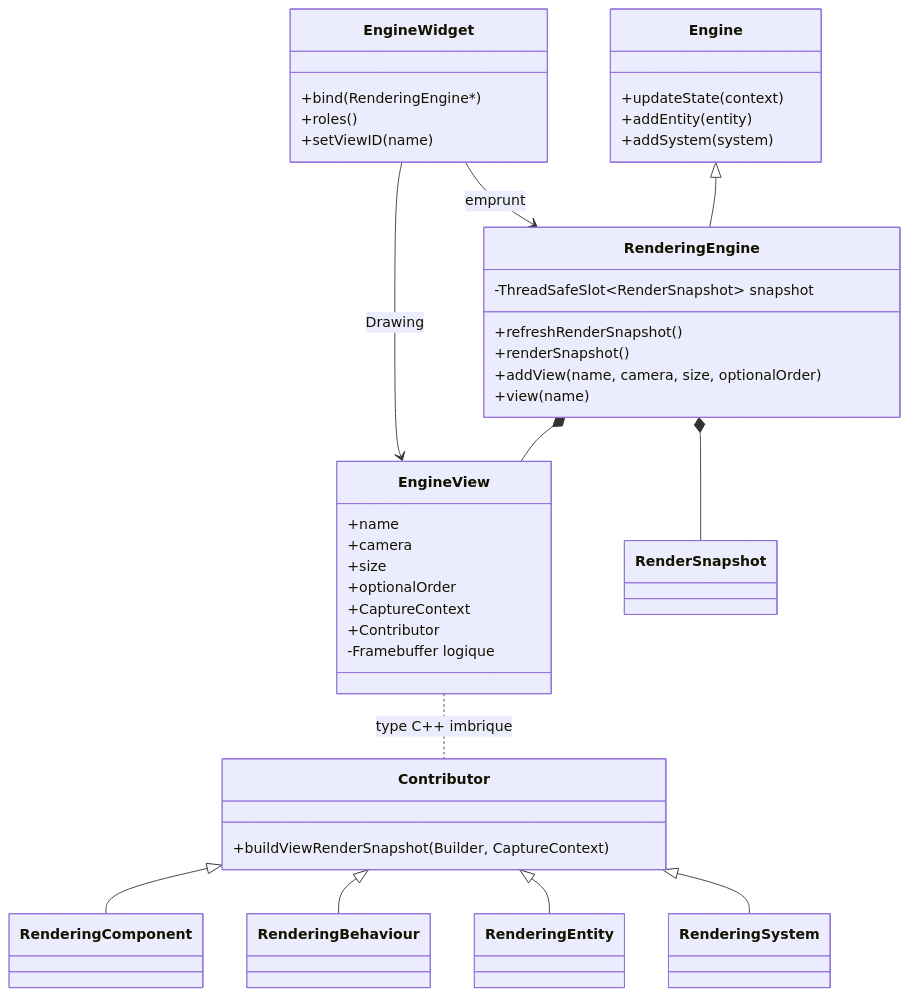
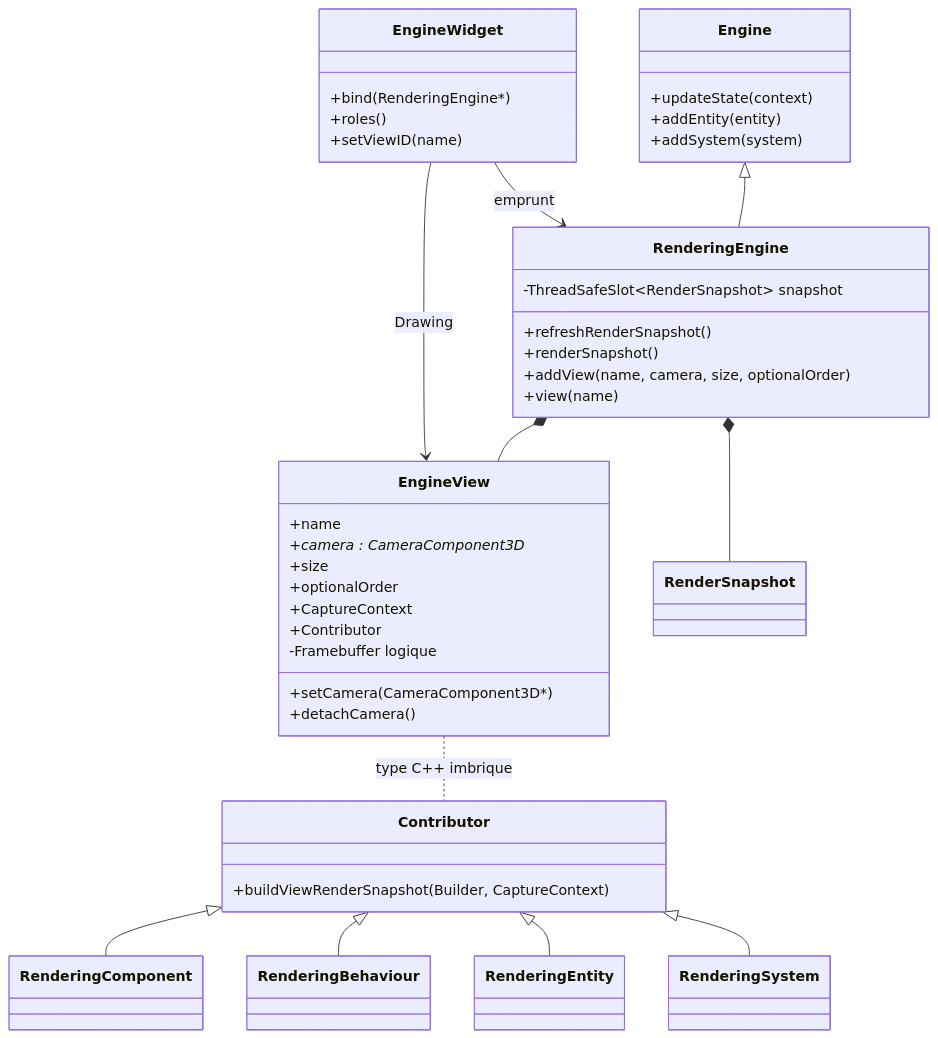
Before and after one commit to EreliaStudio/Sparkle: the sixth of 10 diagrams in docs/voxel-engine-v0.1.4-specification.md, drawn with Mermaid. The commit also changed other lines of this file, not shown here.

Commit message:
docs(v0.1.4): support camera rebinding and detached EngineViews without rendering

````diff
--- a/docs/voxel-engine-v0.1.4-specification.md
+++ b/docs/voxel-engine-v0.1.4-specification.md
@@ -588,46 +588,48 @@
 ```mermaid
 classDiagram
   class Engine {
     +updateState(context)
     +addEntity(entity)
     +addSystem(system)
   }
   class RenderingEngine {
     +refreshRenderSnapshot()
     +renderSnapshot()
     +addView(name, camera, size, optionalOrder)
     +view(name)
     -ThreadSafeSlot~RenderSnapshot~ snapshot
   }
   class EngineView {
     +name
-    +camera
+    +camera : CameraComponent3D*
+    +setCamera(CameraComponent3D*)
+    +detachCamera()
     +size
     +optionalOrder
     +CaptureContext
     +Contributor
     -Framebuffer logique
   }
   class Contributor {
     +buildViewRenderSnapshot(Builder, CaptureContext)
   }
   class RenderingComponent
   class RenderingBehaviour
   class RenderingEntity
   class RenderingSystem
   class EngineWidget {
     +bind(RenderingEngine*)
     +roles()
     +setViewID(name)
   }
   Engine <|-- RenderingEngine
   RenderingEngine *-- EngineView
   RenderingEngine *-- RenderSnapshot
   EngineView .. Contributor : type C++ imbrique
   Contributor <|-- RenderingComponent
   Contributor <|-- RenderingBehaviour
   Contributor <|-- RenderingEntity
   Contributor <|-- RenderingSystem
   EngineWidget --> RenderingEngine : emprunt
   EngineWidget --> EngineView : Drawing
 ```
````
